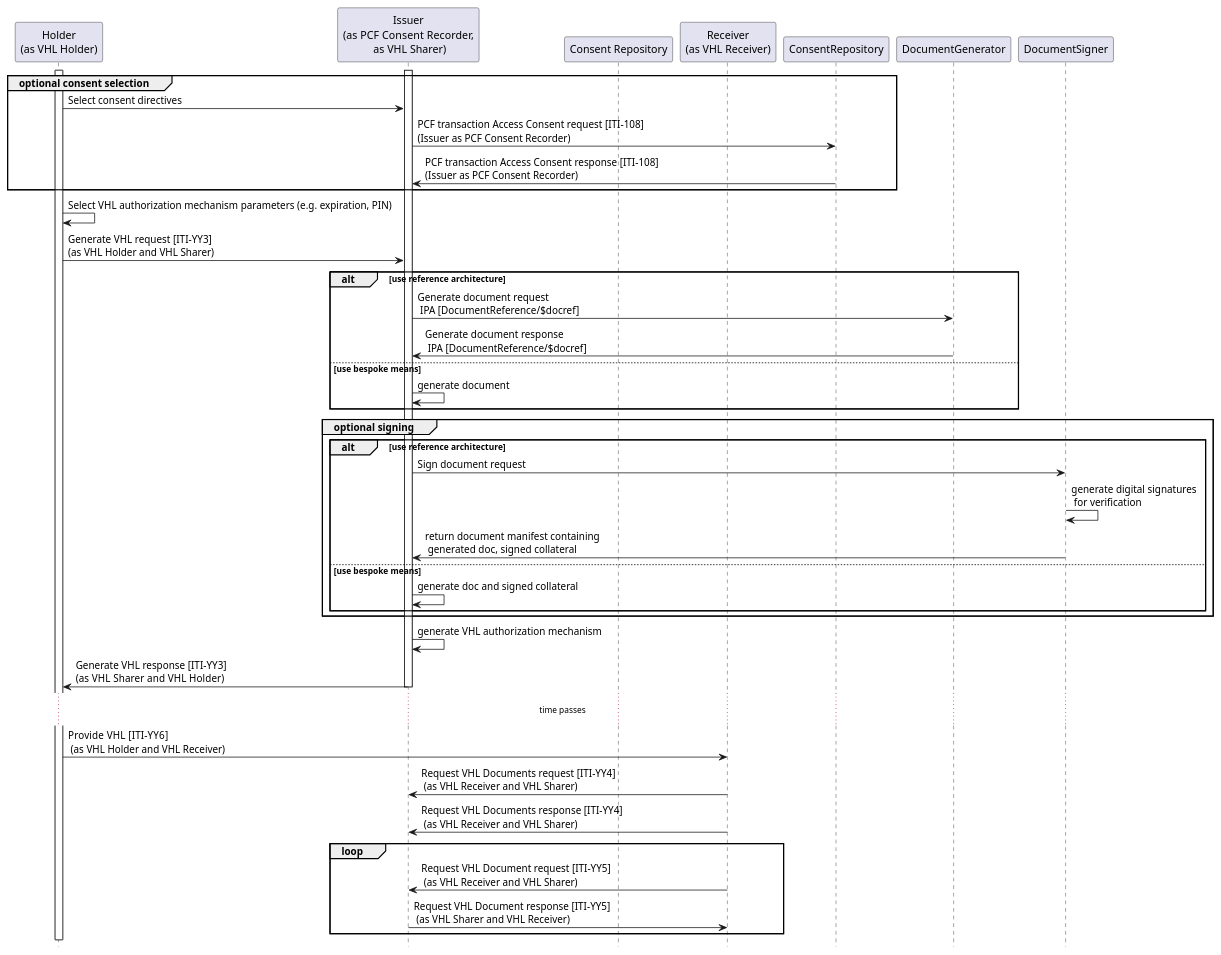
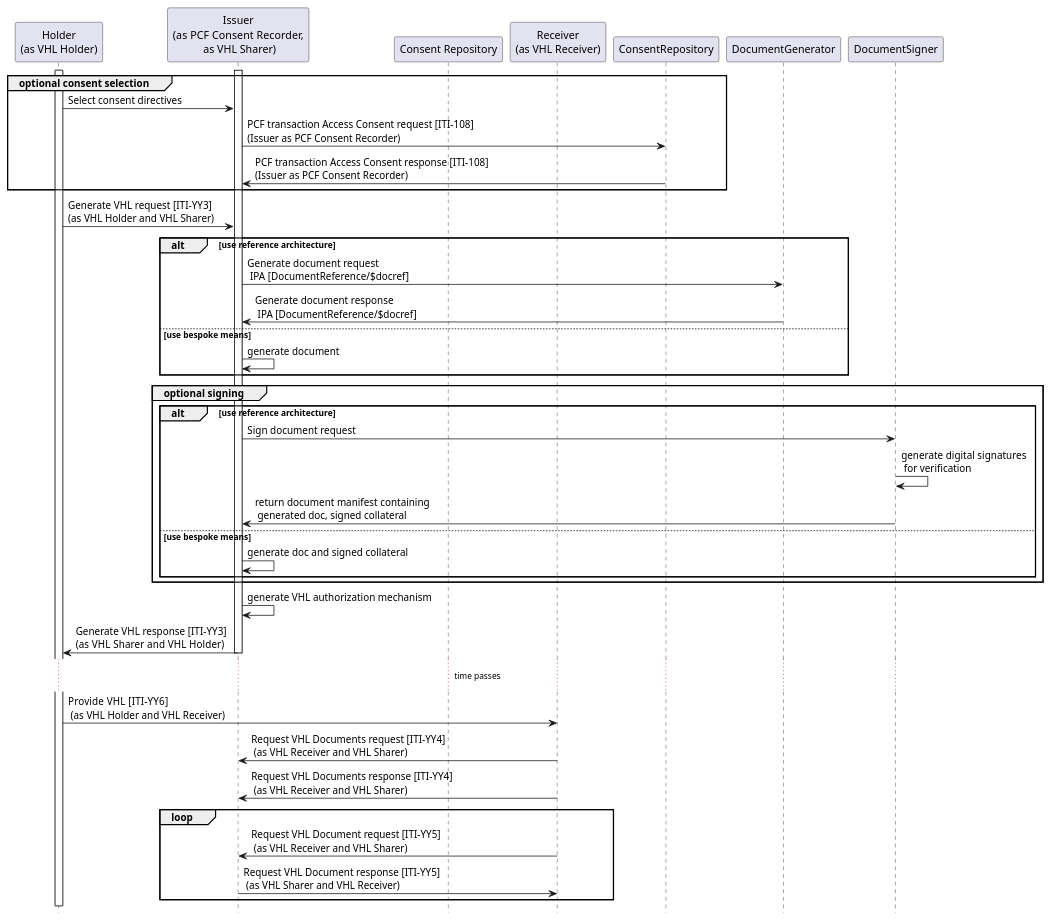
Before and after one commit to litlfred/smart-trust-phw: the diagram in input/images-source/generate-use-vhl-with-consent.plantuml, drawn with PlantUML. The commit also changed 3 other files, not shown here.

Commit message:
added some diagrams

```diff
--- a/input/images-source/generate-use-vhl-with-consent.plantuml
+++ b/input/images-source/generate-use-vhl-with-consent.plantuml
@@ -1,53 +1,54 @@
 @startuml
 skinparam svgDimensionStyle false
 hide footbox
 participant "Holder\n(as VHL Holder)" as Holder
 participant "Issuer\n(as PCF Consent Recorder,\n as VHL Sharer)" as Issuer
 participant "Consent Repository" as PCFConsentRepository
 participant "Receiver\n(as VHL Receiver)" as Receiver
 
 activate Holder
 activate Issuer
 
 
 group optional consent selection
   Holder -> Issuer : Select consent directives			
   Issuer -> ConsentRepository: PCF transaction Access Consent request [ITI-108]\n(Issuer as PCF Consent Recorder)
   ConsentRepository -> Issuer: PCF transaction Access Consent response [ITI-108]\n(Issuer as PCF Consent Recorder)			
 end group
 
-Holder -> Holder : Select VHL authorization mechanism parameters (e.g. expiration, PIN)
+
+		
 Holder -> Issuer : Generate VHL request [ITI-YY3] \n(as VHL Holder and VHL Sharer)				
 alt use reference architecture
   Issuer -> DocumentGenerator: Generate document request\n IPA [DocumentReference/$docref]
   DocumentGenerator -> Issuer: Generate document response\n IPA [DocumentReference/$docref]
 
 else use bespoke means
   Issuer -> Issuer : generate document
 end
 
 group optional signing
   alt use reference architecture			
     Issuer -> DocumentSigner: Sign document request
     DocumentSigner -> DocumentSigner: generate digital signatures\n for verification 
     DocumentSigner -> Issuer: return document manifest containing\n generated doc, signed collateral
   else use bespoke means
     Issuer -> Issuer: generate doc and signed collateral
   end					
 end 
 					
 Issuer -> Issuer : generate VHL authorization mechanism		
 		
 Issuer -> Holder : Generate VHL response [ITI-YY3] \n(as  VHL Sharer and VHL Holder)
 deactivate Issuer
 ... time passes ...				
 
 Holder -> Receiver : Provide VHL  [ITI-YY6]\n (as VHL Holder and VHL Receiver)
 Receiver -> Issuer : Request VHL Documents request [ITI-YY4]\n (as VHL Receiver and VHL Sharer)
 Receiver -> Issuer : Request VHL Documents response [ITI-YY4]\n (as VHL Receiver and VHL Sharer)
 loop
  Receiver -> Issuer : Request VHL Document request [ITI-YY5]\n (as VHL Receiver and VHL Sharer)
  Issuer -> Receiver : Request VHL Document response [ITI-YY5]\n (as VHL Sharer and VHL Receiver)
 end loop
 
 @enduml
```
